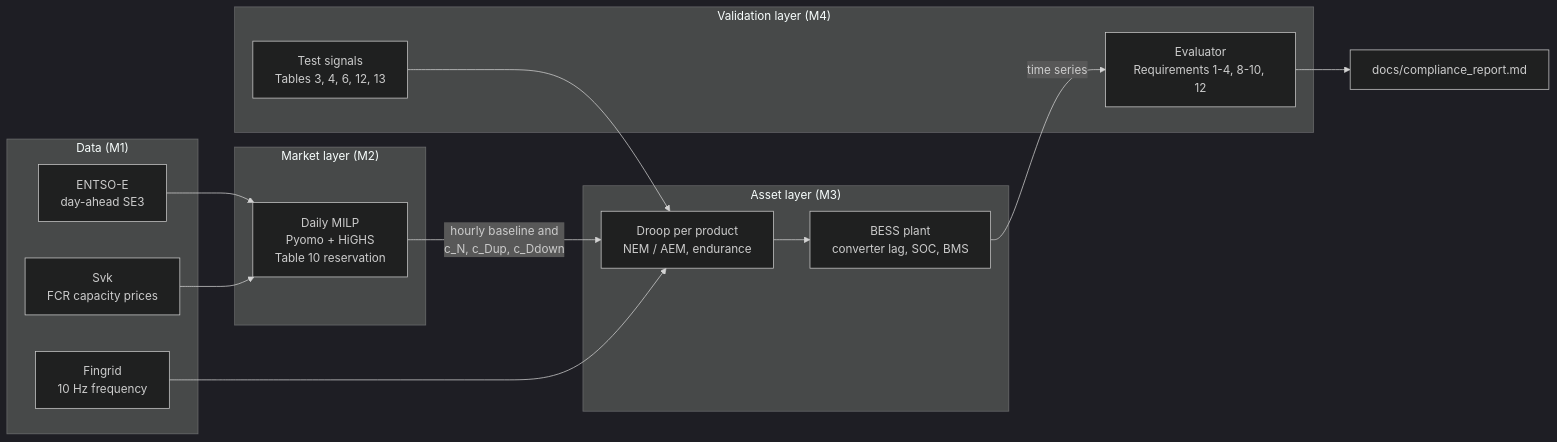
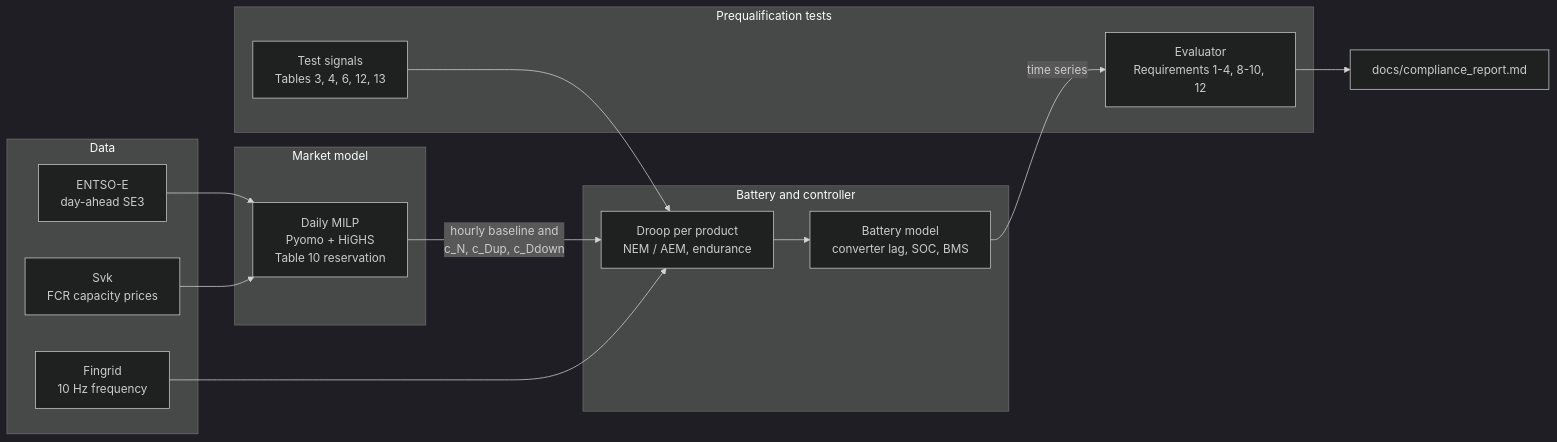
Before and after one commit to akamaxe/nordic-bess-fcr: the diagram in README.md, drawn with Mermaid (dark theme). The commit also changed other lines of this file and 8 other files, not shown here.

````diff
--- a/README.md
+++ b/README.md
@@ -33,27 +38,27 @@
 ```mermaid
 flowchart LR
-    subgraph data["Data (M1)"]
+    subgraph data["Data"]
         E[ENTSO-E<br/>day-ahead SE3]
         S[Svk<br/>FCR capacity prices]
         F[Fingrid<br/>10 Hz frequency]
     end
-    subgraph market["Market layer (M2)"]
+    subgraph market["Market model"]
         M["Daily MILP<br/>Pyomo + HiGHS<br/>Table 10 reservation"]
     end
-    subgraph asset["Asset layer (M3)"]
+    subgraph asset["Battery and controller"]
         C["Droop per product<br/>NEM / AEM, endurance"]
-        P["BESS plant<br/>converter lag, SOC, BMS"]
+        P["Battery model<br/>converter lag, SOC, BMS"]
     end
-    subgraph validation["Validation layer (M4)"]
+    subgraph validation["Prequalification tests"]
         T["Test signals<br/>Tables 3, 4, 6, 12, 13"]
         V["Evaluator<br/>Requirements 1-4, 8-10, 12"]
     end
     E --> M
     S --> M
     M -- "hourly baseline and<br/>c_N, c_Dup, c_Ddown" --> C
     F --> C
     C --> P
     T --> C
     P -- "time series" --> V
     V --> R[docs/compliance_report.md]
 ```
````
